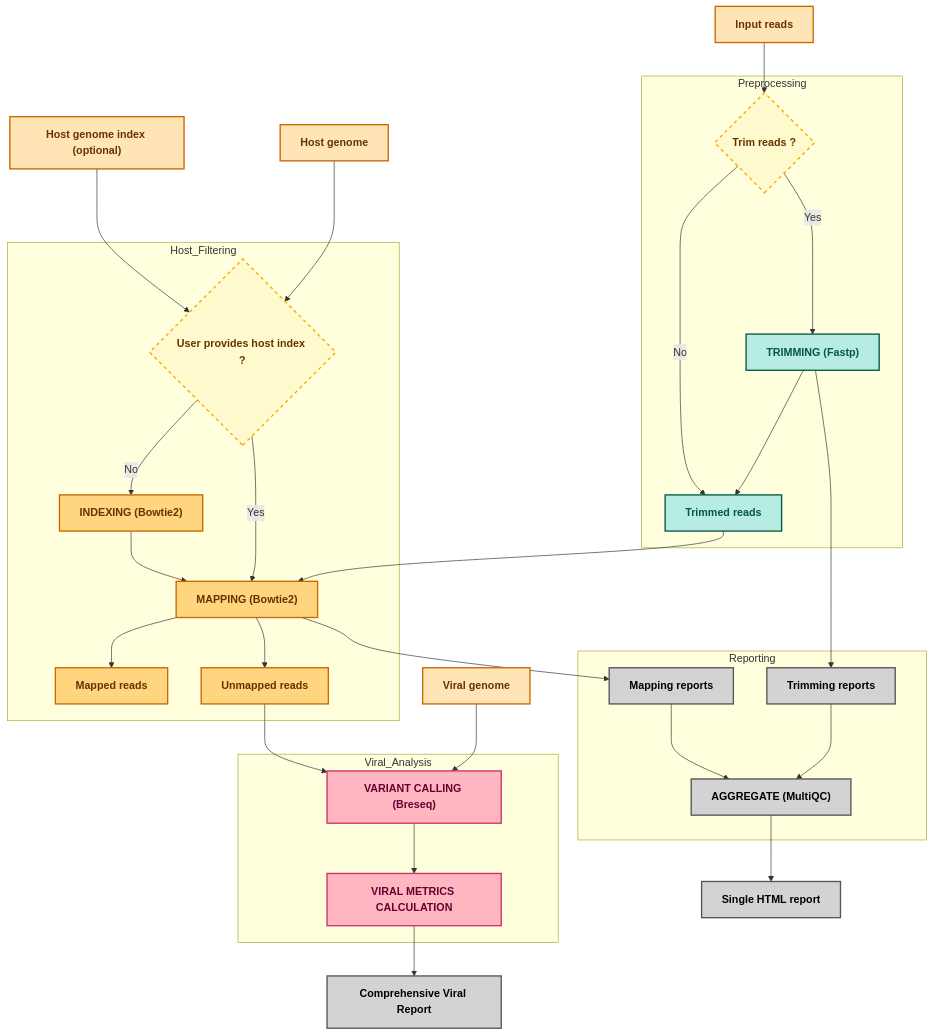
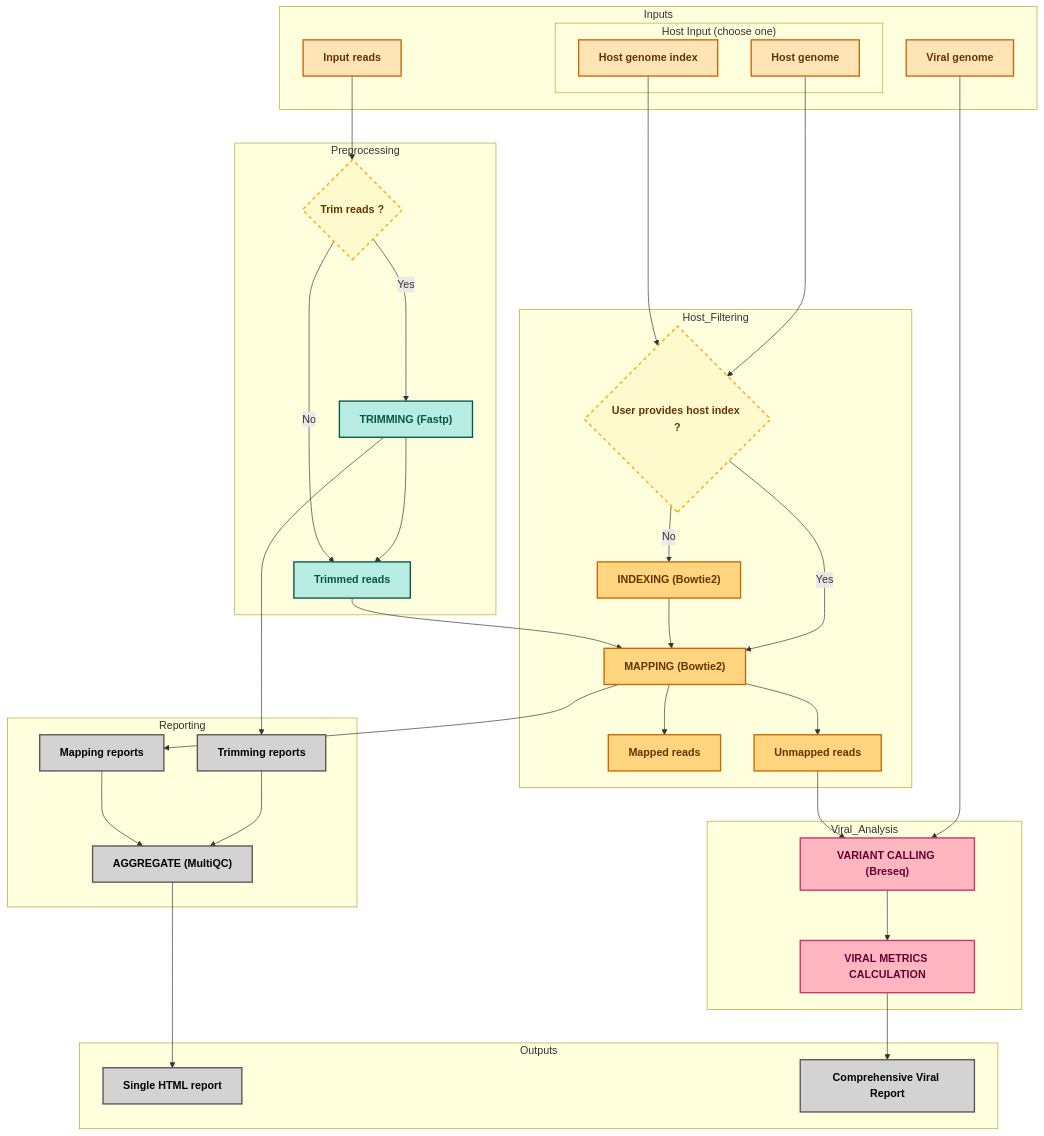
One commit to srh-bzd/ViroScan-nf changed the diagram in README.md. Above: the diagram before and after it, drawn with Mermaid.

Commit message:
Refactor pipeline diagram for clarity and structure

````diff
--- a/README.md
+++ b/README.md
@@ -36,75 +36,80 @@
 ```mermaid
 flowchart TB
+%% --- Styles ---
+classDef input fill:#FFE4B5,stroke:#CC6600,stroke-width:2px,color:#663300,font-weight:bold;
+classDef preprocessing fill:#B6ECE2,stroke:#065647,stroke-width:2px,color:#065647,font-weight:bold;
+classDef host fill:#FFD580,stroke:#CC6600,stroke-width:2px,color:#663300,font-weight:bold;
+classDef viral fill:#FFB6C1,stroke:#CC3366,stroke-width:2px,color:#660033,font-weight:bold;
+classDef report fill:#D3D3D3,stroke:#555,stroke-width:2px,color:#000,font-weight:bold;
+classDef decision fill:#FFFACD,stroke:#FFA500,stroke-width:2px,stroke-dasharray: 5 5,color:#663300,font-weight:bold;
 
-    %% --- Styles ---
-    classDef input fill:#FFE4B5,stroke:#CC6600,stroke-width:2px,color:#663300,font-weight:bold;
-    classDef preprocessing fill:#B6ECE2,stroke:#065647,stroke-width:2px,color:#065647,font-weight:bold;
-    classDef host fill:#FFD580,stroke:#CC6600,stroke-width:2px,color:#663300,font-weight:bold;
-    classDef viral fill:#FFB6C1,stroke:#CC3366,stroke-width:2px,color:#660033,font-weight:bold;
-    classDef report fill:#D3D3D3,stroke:#555,stroke-width:2px,color:#000,font-weight:bold;
-    classDef decision fill:#FFFACD,stroke:#FFA500,stroke-width:2px,stroke-dasharray: 5 5,color:#663300,font-weight:bold;
+%% --- Inputs subgraph ---
+subgraph Inputs
+    reads_ch["Input reads"]:::input
+    viral_genome_ch["Viral genome"]:::input
+    subgraph Host_Input["Host Input (choose one)"]
+        host_genome_ch["Host genome"]:::input
+        host_genome_index_ch["Host genome index"]:::input
+    end
+end
 
-    %% --- Inputs ---
-    reads_ch["Input reads"]:::input
-    host_genome_ch["Host genome"]:::input
-    host_genome_index_ch["Host genome index (optional)"]:::input
-    viral_genome_ch["Viral genome"]:::input
+%% --- Preprocessing (optional Fastp) ---
+reads_ch --> cond_fastp
+subgraph Preprocessing
+    cond_fastp{"Trim reads ?"}:::decision
+    FP["TRIMMING (Fastp)"]:::preprocessing
+    trimmed_reads_ch["Trimmed reads"]:::preprocessing
+    cond_fastp -->|Yes| FP
+    FP --> trimmed_reads_ch
+    cond_fastp -->|No| trimmed_reads_ch
+end
 
-    %% --- Preprocessing (optional Fastp) ---
-    reads_ch --> cond_fastp
-    subgraph Preprocessing
-        cond_fastp{"Trim reads ?"}:::decision
-        FP["TRIMMING (Fastp)"]:::preprocessing
-        trimmed_reads_ch["Trimmed reads"]:::preprocessing
-        cond_fastp -->|Yes| FP
-        FP --> trimmed_reads_ch
-        cond_fastp -->|No| trimmed_reads_ch
-    end
+%% --- Host filtering ---
+host_genome_ch --> cond_index
+host_genome_index_ch --> cond_index
+subgraph Host_Filtering
+    cond_index{"User provides host index ?"}:::decision
+    BT2_INDEX["INDEXING (Bowtie2)"]:::host
+    BT2_ALIGN["MAPPING (Bowtie2)"]:::host
+    BT2_ALIGN_mapped["Mapped reads"]:::host
+    BT2_ALIGN_unmapped["Unmapped reads"]:::host
+    
+    cond_index -->|Yes| BT2_ALIGN
+    cond_index -->|No| BT2_INDEX
+    BT2_INDEX --> BT2_ALIGN
+    BT2_ALIGN --> BT2_ALIGN_mapped
+    BT2_ALIGN --> BT2_ALIGN_unmapped
+end
 
-    %% --- Host filtering ---
-    host_genome_ch --> cond_index
-    host_genome_index_ch --> cond_index
-    subgraph Host_Filtering
-        cond_index{"User provides host index ?"}:::decision
+trimmed_reads_ch --> BT2_ALIGN
 
-        BT2_INDEX["INDEXING (Bowtie2)"]:::host
-        BT2_ALIGN["MAPPING (Bowtie2)"]:::host
-        BT2_ALIGN_mapped["Mapped reads"]:::host
-        BT2_ALIGN_unmapped["Unmapped reads"]:::host
+%% --- Viral analysis ---
+viral_genome_ch --> BRESEQ
+subgraph Viral_Analysis
+    BRESEQ["VARIANT CALLING (Breseq)"]:::viral
+    VM["VIRAL METRICS CALCULATION"]:::viral
+    BRESEQ --> VM
+end
 
-        %% Flow
-        trimmed_reads_ch --> BT2_ALIGN
-        cond_index -->|Yes| BT2_ALIGN
-        cond_index -->|No| BT2_INDEX
-        BT2_INDEX --> BT2_ALIGN
-        BT2_ALIGN --> BT2_ALIGN_mapped
-        BT2_ALIGN --> BT2_ALIGN_unmapped
-    end
+BT2_ALIGN_unmapped --> BRESEQ
 
-    %% --- Viral analysis ---
-    viral_genome_ch --> BRESEQ
-    subgraph Viral_Analysis
-        BRESEQ["VARIANT CALLING (Breseq)"]:::viral
-        BT2_ALIGN_unmapped --> BRESEQ
-        VM["VIRAL METRICS CALCULATION"]:::viral
-        BRESEQ --> VM
-    end
+%% --- QC and reporting ---
+subgraph Reporting
+    fastp_reports_ch["Trimming reports"]:::report
+    reports_ch["Mapping reports"]:::report
+    MULTIQC["AGGREGATE (MultiQC)"]:::report
+    FP --> fastp_reports_ch
+    BT2_ALIGN --> reports_ch
+    fastp_reports_ch --> MULTIQC
+    reports_ch --> MULTIQC
+end
 
-    %% --- QC and reporting ---
-    subgraph Reporting
-        fastp_reports_ch["Trimming reports"]:::report
-        reports_ch["Mapping reports"]:::report
-        MULTIQC["AGGREGATE (MultiQC)"]:::report
+%% --- Final outputs subgraph ---
+subgraph Outputs
+    multiqc_report_ch["Single HTML report"]:::report
+    CV["Comprehensive Viral Report"]:::report
+end
 
-        FP --> fastp_reports_ch
-        BT2_ALIGN --> reports_ch
-        fastp_reports_ch --> MULTIQC
-        reports_ch --> MULTIQC
-    end
-    multiqc_report_ch["Single HTML report"]:::report
-    MULTIQC --> multiqc_report_ch
-
-    %% --- Final comprehensive viral report ---
-    CV["Comprehensive Viral Report"]:::report
-    VM --> CV
+MULTIQC --> multiqc_report_ch
+VM --> CV
 ```
````
